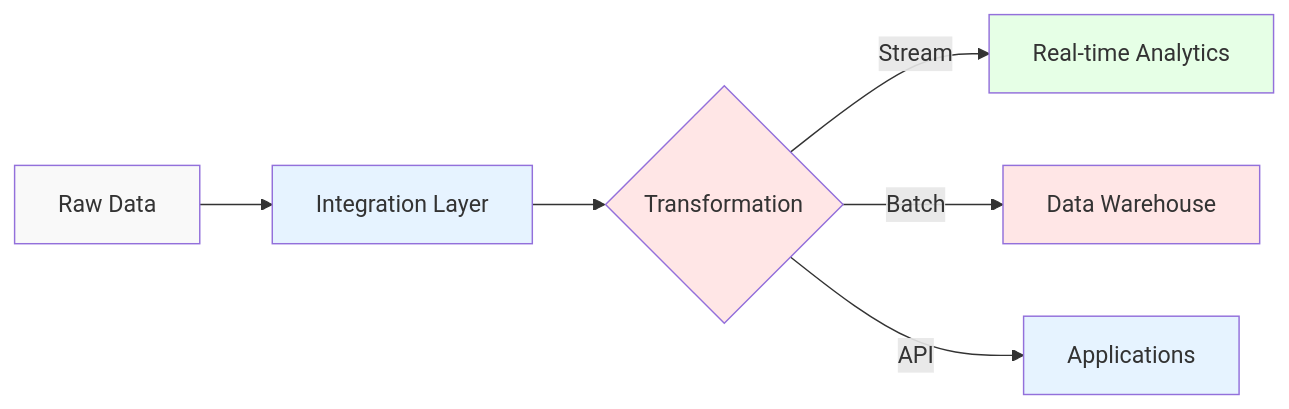
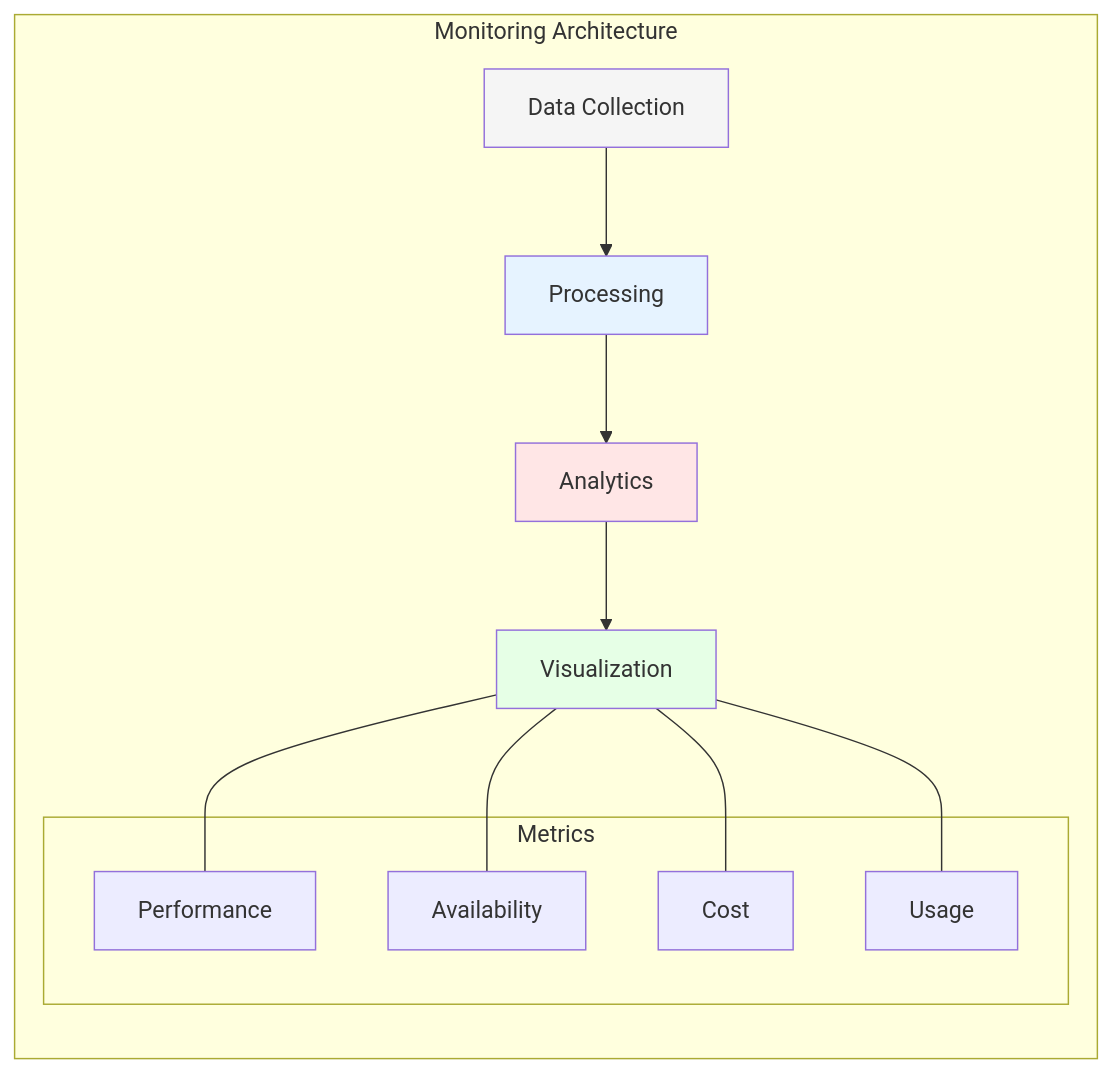
Before and after one commit to data-octo/agentic_ai_research: the fifth of 5 diagrams in enterprise_data_architecture/chapters/02_data_fabric.md, drawn with Mermaid. The commit also changed other lines of this file and 11 other files, not shown here.

````diff
--- a/enterprise_data_architecture/chapters/02_data_fabric.md
+++ b/enterprise_data_architecture/chapters/02_data_fabric.md
@@ -51,15 +249,25 @@
 ```mermaid
-flowchart LR
-    A[Raw Data] --> B[Integration Layer]
-    B --> C{Transformation}
-    C -->|Stream| D[Real-time Analytics]
-    C -->|Batch| E[Data Warehouse]
-    C -->|API| F[Applications]
+graph LR
+    subgraph "Monitoring Architecture"
+        A[Data Collection] --> B[Processing]
+        B --> C[Analytics]
+        C --> D[Visualization]
+        
+        subgraph "Metrics"
+            E[Performance]
+            F[Availability]
+            G[Cost]
+            H[Usage]
+        end
+        
+        D --- E
+        D --- F
+        D --- G
+        D --- H
+    end
     
-    style A fill:#f9f9f9
+    style A fill:#f5f5f5
     style B fill:#e6f3ff
     style C fill:#ffe6e6
     style D fill:#e6ffe6
-    style E fill:#ffe6e6
-    style F fill:#e6f3ff
 ```
````
